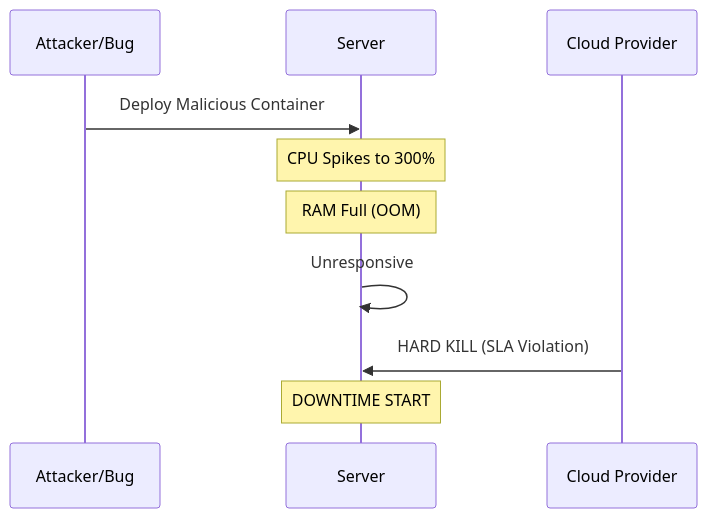
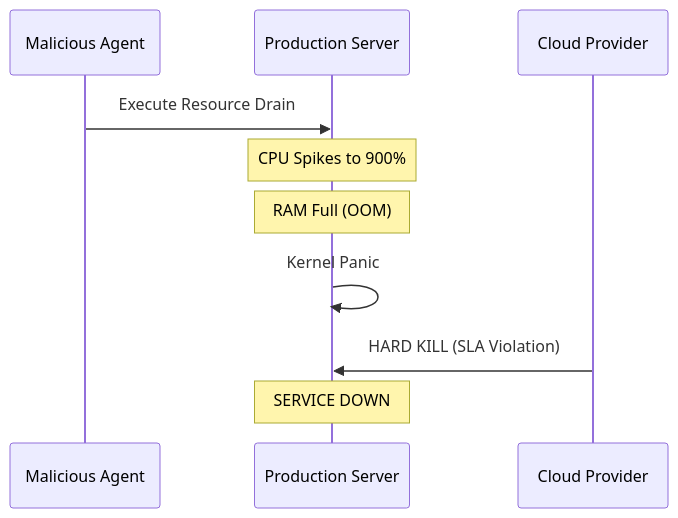
Before and after one commit to vinayaktyagi10/pbl_project: the first of 2 diagrams in slides.md, drawn with Mermaid. The commit also changed other lines of this file and 1 other file, not shown here.

````diff
--- a/slides.md
+++ b/slides.md
@@ -122,13 +122,13 @@
 ```mermaid
 sequenceDiagram
-    participant A as Attacker/Bug
-    participant S as Server
+    participant A as Malicious Agent
+    participant S as Production Server
     participant C as Cloud Provider
     
-    A->>S: Deploy Malicious Container
-    Note over S: CPU Spikes to 300%
+    A->>S: Execute Resource Drain
+    Note over S: CPU Spikes to 900%
     Note over S: RAM Full (OOM)
-    S->>S: Unresponsive
+    S->>S: Kernel Panic
     C->>S: HARD KILL (SLA Violation)
-    Note over S: DOWNTIME START
+    Note over S: SERVICE DOWN
 ```
````
